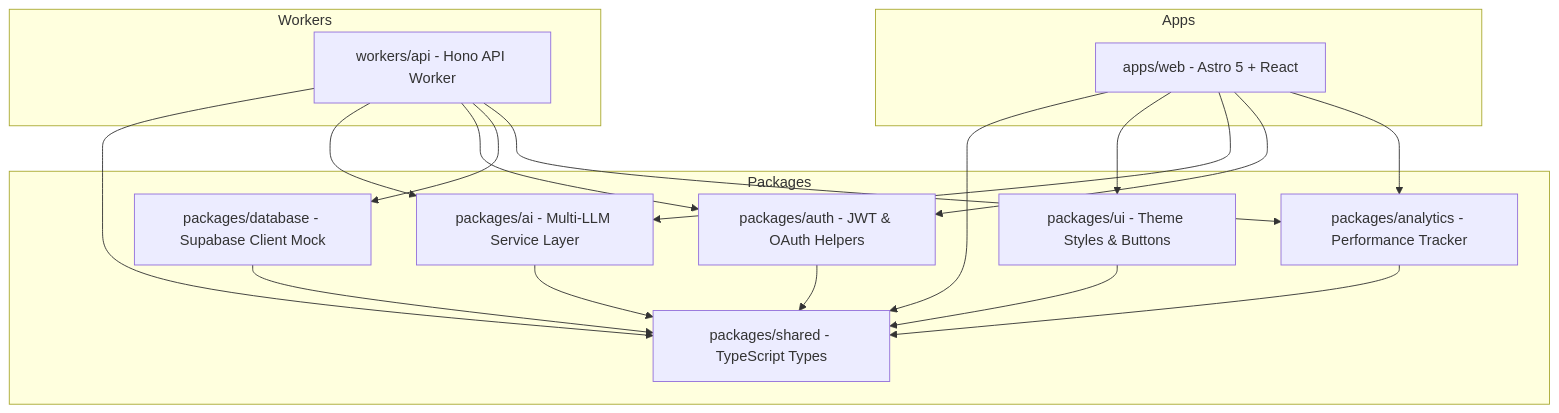
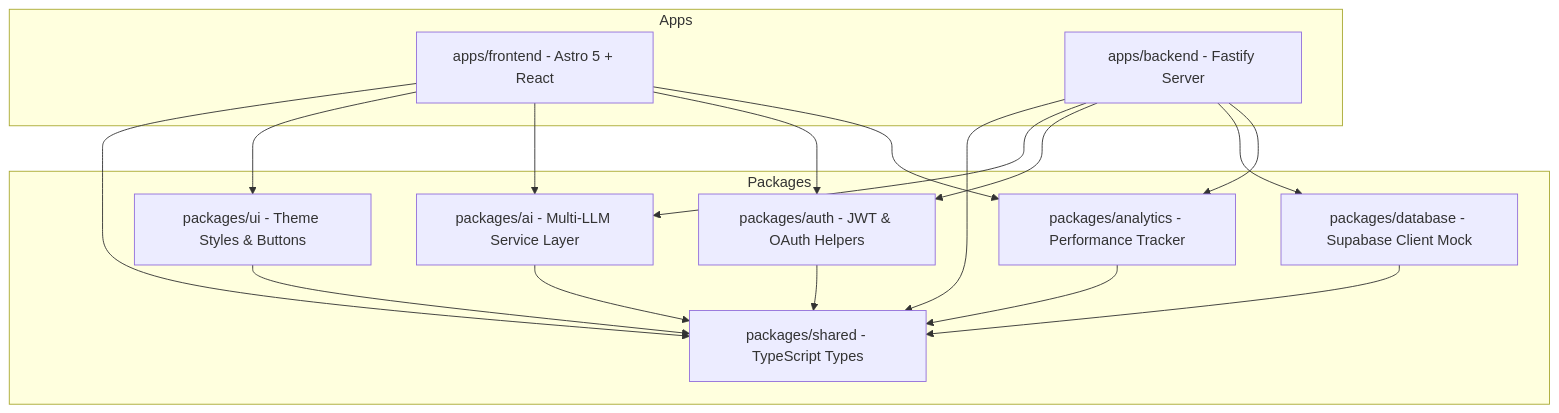
One commit to Sujoymoulick/GigPilotAi changed the diagram in README.md. Above: the diagram before and after it, drawn with Mermaid. The commit also changed other lines of this file and 144 other files, not shown here.

Commit message:
feat: Migrate backend to Fastify Clean Architecture, configure mock test compatibility, and add comprehensive project docs

````diff
--- a/README.md
+++ b/README.md
@@ -14,37 +14,34 @@
 ```mermaid
 graph TD
     subgraph Apps
-        web[apps/web - Astro 5 + React]
-    end
-
-    subgraph Workers
-        api[workers/api - Hono API Worker]
+        web[apps/frontend - Astro 5 + React]
+        api[apps/backend - Fastify Server]
     end
 
     subgraph Packages
         shared[packages/shared - TypeScript Types]
         db[packages/database - Supabase Client Mock]
         ai[packages/ai - Multi-LLM Service Layer]
         auth[packages/auth - JWT & OAuth Helpers]
         analytics[packages/analytics - Performance Tracker]
         ui[packages/ui - Theme Styles & Buttons]
     end
 
     web --> shared
     web --> ui
     web --> ai
     web --> auth
     web --> analytics
     
     api --> shared
     api --> ai
     api --> auth
     api --> db
     api --> analytics
 
     ai --> shared
     db --> shared
     auth --> shared
     analytics --> shared
     ui --> shared
 ```
````
